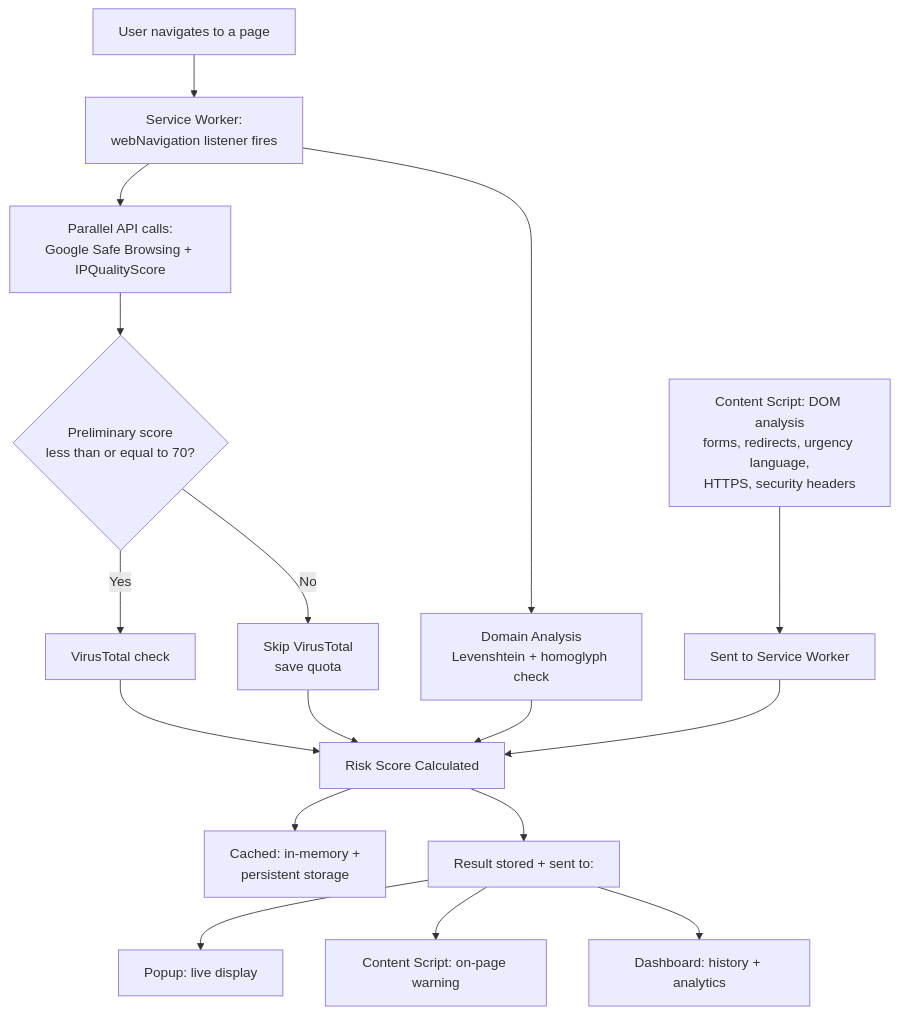
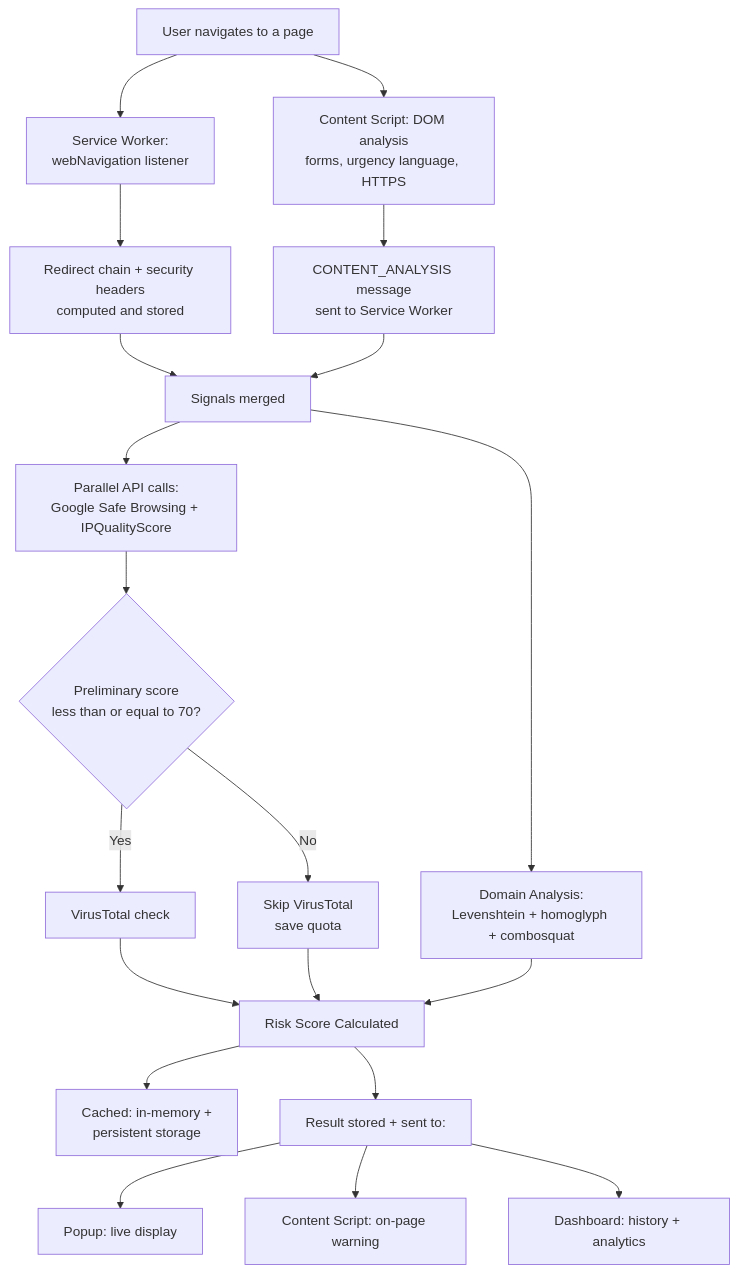
One commit to Yessineee/Linkscope changed the diagram in README.md. Above: the diagram before and after it, drawn with Mermaid. The commit also changed other lines of this file and 20 other files, not shown here.

Commit message:
Add screenshots to README: Add all 7 screenshots (dashboard overview, popup, on-page banner, history detail, Link Checks list/detail, notification) with corresponding markdown, completing the documentation.

````diff
--- a/README.md
+++ b/README.md
@@ -39,21 +49,26 @@
 ```mermaid
 flowchart TD
-    A[User navigates to a page] --> B[Service Worker:<br/>webNavigation listener fires]
-    B --> C[Domain Analysis<br/>Levenshtein + homoglyph check]
-    B --> D[Parallel API calls:<br/>Google Safe Browsing + IPQualityScore]
-    D --> E{Preliminary score<br/>less than or equal to 70?}
-    E -->|Yes| F[VirusTotal check]
-    E -->|No| G[Skip VirusTotal<br/>save quota]
-    F --> H[Risk Score Calculated]
-    G --> H
-    C --> H
-    H --> I[Cached: in-memory +<br/>persistent storage]
+    A[User navigates to a page] --> B[Service Worker:<br/>webNavigation listener]
+    B --> C[Redirect chain + security headers<br/>computed and stored]
 
-    J[Content Script: DOM analysis<br/>forms, redirects, urgency language,<br/>HTTPS, security headers] --> K[Sent to Service Worker]
-    K --> H
+    A --> D[Content Script: DOM analysis<br/>forms, urgency language, HTTPS]
+    D --> E[CONTENT_ANALYSIS message<br/>sent to Service Worker]
 
-    H --> L[Result stored + sent to:]
-    L --> M[Popup: live display]
-    L --> N[Content Script: on-page warning]
-    L --> O[Dashboard: history + analytics]
+    C --> F[Signals merged]
+    E --> F
+
+    F --> G[Domain Analysis:<br/>Levenshtein + homoglyph + combosquat]
+    F --> H[Parallel API calls:<br/>Google Safe Browsing + IPQualityScore]
+    H --> I{Preliminary score<br/>less than or equal to 70?}
+    I -->|Yes| J[VirusTotal check]
+    I -->|No| K[Skip VirusTotal<br/>save quota]
+    J --> L[Risk Score Calculated]
+    K --> L
+    G --> L
+
+    L --> M[Cached: in-memory +<br/>persistent storage]
+    L --> N[Result stored + sent to:]
+    N --> O[Popup: live display]
+    N --> P[Content Script: on-page warning]
+    N --> Q[Dashboard: history + analytics]
 ```
````
